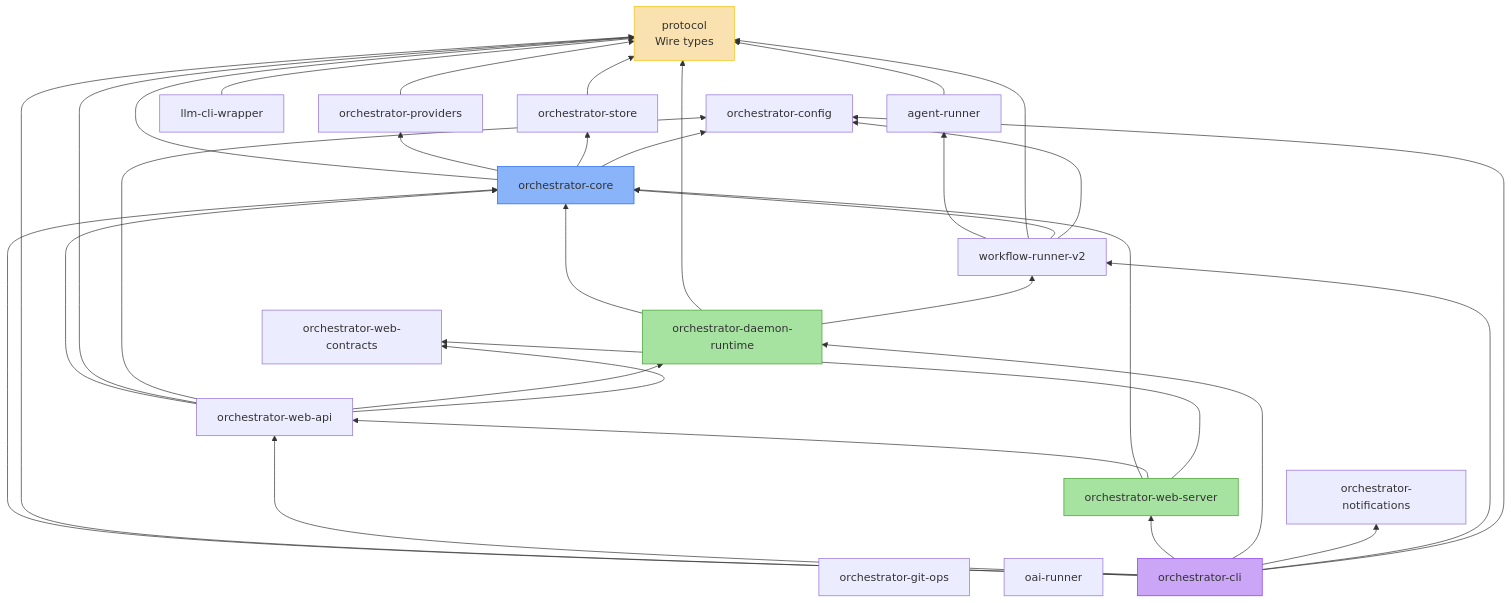
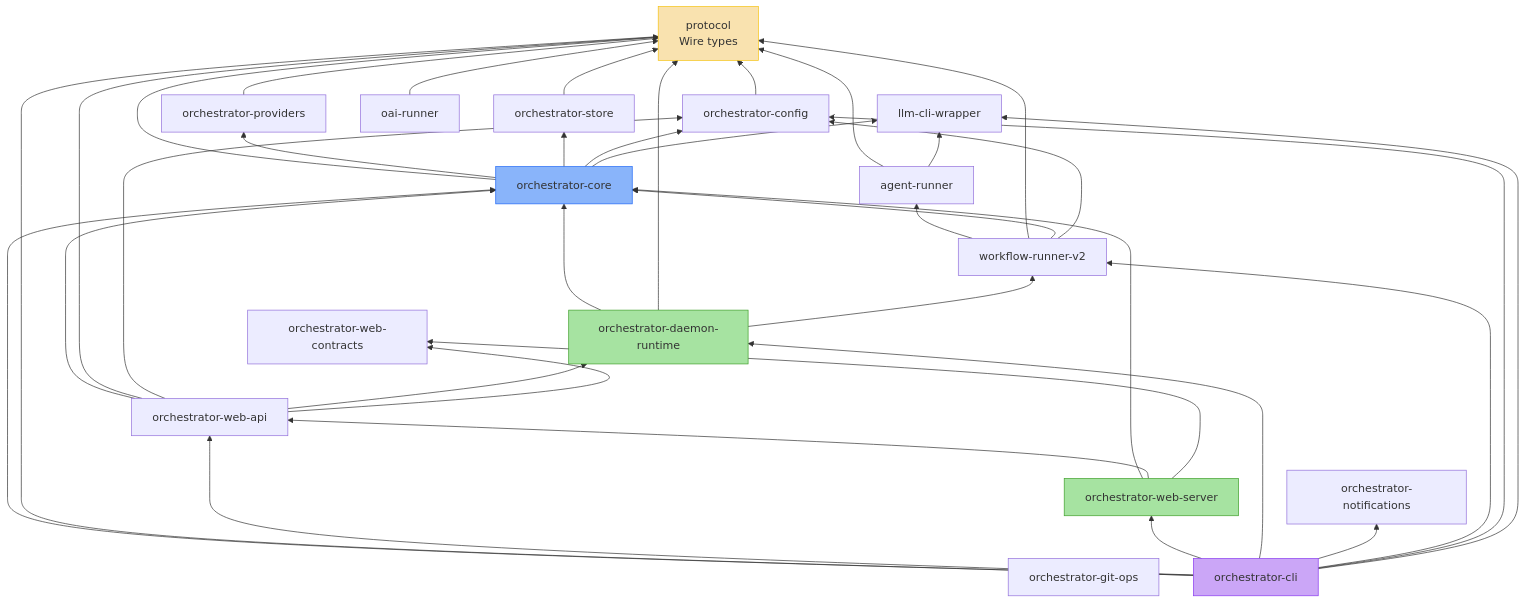
Before and after one commit to launchapp-dev/invoicer: the diagram in knowledge/architecture/ao-cli-dependency.md, drawn with Mermaid. The commit also changed other lines of this file and 11 other files, not shown here.

First line of the commit message:
fix(architecture): verify and correct diagrams against actual source code (#28)

````diff
--- a/knowledge/architecture/ao-cli-dependency.md
+++ b/knowledge/architecture/ao-cli-dependency.md
@@ -19,63 +19,67 @@
 ```mermaid
 graph BT
     PROTO["protocol<br/>Wire types"]
     CONFIG["orchestrator-config"]
     STORE["orchestrator-store"]
     PROVIDERS["orchestrator-providers"]
     CORE["orchestrator-core"]
     GITOPS["orchestrator-git-ops"]
     NOTIF["orchestrator-notifications"]
     LLM["llm-cli-wrapper"]
     OAI["oai-runner"]
     RUNNER["agent-runner"]
     WFC["orchestrator-web-contracts"]
     WFV2["workflow-runner-v2"]
     DAEMON["orchestrator-daemon-runtime"]
     WEBAPI["orchestrator-web-api"]
     WEBSVR["orchestrator-web-server"]
     CLI["orchestrator-cli"]
 
     PROVIDERS --> PROTO
     STORE --> PROTO
-    LLM --> PROTO
     RUNNER --> PROTO
+    RUNNER --> LLM
+    OAI --> PROTO
+    CONFIG --> PROTO
 
     CORE --> PROTO
     CORE --> PROVIDERS
     CORE --> STORE
     CORE --> CONFIG
+    CORE --> LLM
 
     WFV2 --> RUNNER
     WFV2 --> PROTO
     WFV2 --> CORE
     WFV2 --> CONFIG
 
     DAEMON --> CORE
     DAEMON --> PROTO
     DAEMON --> WFV2
 
     WEBAPI --> CORE
     WEBAPI --> PROTO
     WEBAPI --> CONFIG
     WEBAPI --> DAEMON
     WEBAPI --> WFC
 
     WEBSVR --> CORE
     WEBSVR --> WEBAPI
     WEBSVR --> WFC
 
     CLI --> CORE
     CLI --> PROTO
     CLI --> WEBAPI
     CLI --> WEBSVR
     CLI --> DAEMON
     CLI --> NOTIF
     CLI --> WFV2
     CLI --> CONFIG
+    CLI --> LLM
 
     style PROTO fill:#f9e2af,stroke:#f5c211
     style CORE fill:#89b4fa,stroke:#1e66f5
     style CLI fill:#cba6f7,stroke:#8839ef
     style DAEMON fill:#a6e3a1,stroke:#40a02b
     style WEBSVR fill:#a6e3a1,stroke:#40a02b
 ```
````
